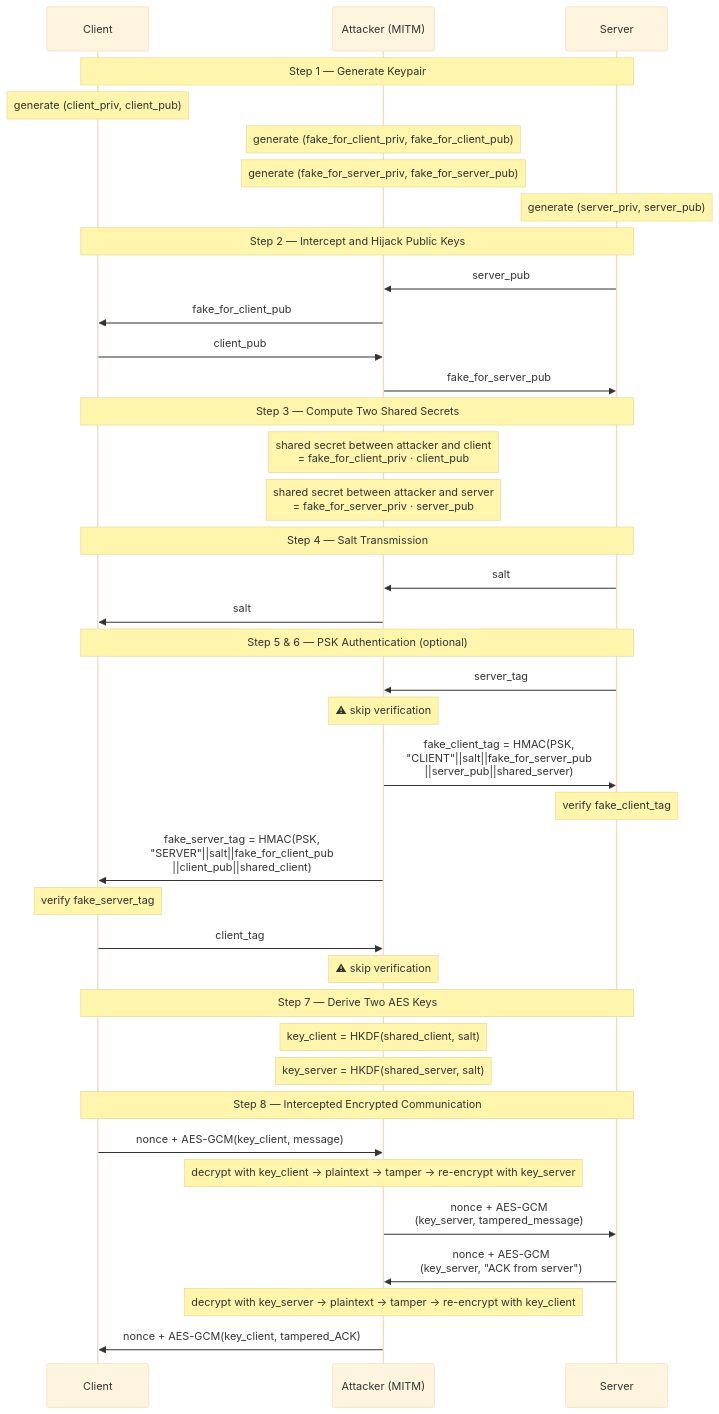
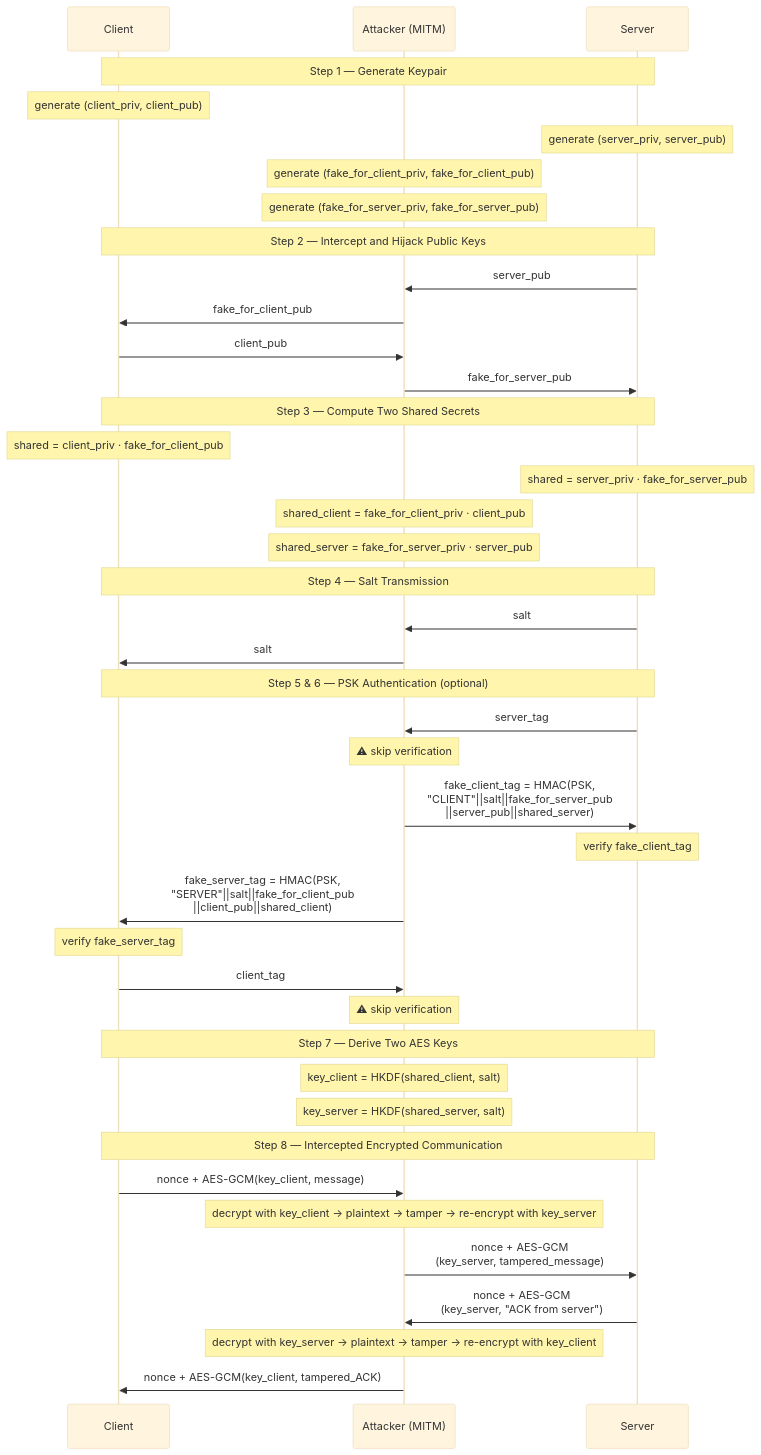
The second of 3 diagrams in README.md (hanbo-fan/diffie-hellman-mitm-attack-demo), drawn with Mermaid (base theme) before and after one commit.

````diff
--- a/README.md
+++ b/README.md
@@ -51,48 +51,50 @@
 ```mermaid
 sequenceDiagram
     participant C as Client
     participant M as Attacker (MITM)
     participant S as Server
 
     Note over C,S: Step 1 — Generate Keypair
     Note over C: generate (client_priv, client_pub)
+    Note over S: generate (server_priv, server_pub)
     Note over M: generate (fake_for_client_priv, fake_for_client_pub)
     Note over M: generate (fake_for_server_priv, fake_for_server_pub)
-    Note over S: generate (server_priv, server_pub)
-
+    
     Note over C,S: Step 2 — Intercept and Hijack Public Keys
     S->>M: server_pub
     M->>C: fake_for_client_pub
     C->>M: client_pub
     M->>S: fake_for_server_pub
 
     Note over C,S: Step 3 — Compute Two Shared Secrets
-    Note over M: shared secret between attacker and client<br/> = fake_for_client_priv · client_pub
-    Note over M: shared secret between attacker and server<br/> = fake_for_server_priv · server_pub
+    Note over C: shared = client_priv · fake_for_client_pub
+    Note over S: shared = server_priv · fake_for_server_pub
+    Note over M: shared_client = fake_for_client_priv · client_pub
+    Note over M: shared_server = fake_for_server_priv · server_pub
 
     Note over C,S: Step 4 — Salt Transmission
     S->>M: salt
     M->>C: salt
 
     Note over C,S: Step 5 & 6 — PSK Authentication (optional)
     S->>M: server_tag
     Note over M: ⚠ skip verification
     M->>S: fake_client_tag = HMAC(PSK, <br/>"CLIENT"||salt||fake_for_server_pub<br/>||server_pub||shared_server)
     Note over S: verify fake_client_tag
     M->>C: fake_server_tag = HMAC(PSK, <br/>"SERVER"||salt||fake_for_client_pub<br/>||client_pub||shared_client)
     Note over C: verify fake_server_tag
     C->>M: client_tag
     Note over M: ⚠ skip verification
 
     Note over C,S: Step 7 — Derive Two AES Keys
     Note over M: key_client = HKDF(shared_client, salt)
     Note over M: key_server = HKDF(shared_server, salt)
 
     Note over C,S: Step 8 — Intercepted Encrypted Communication
     C->>M: nonce + AES-GCM(key_client, message)
     Note over M: decrypt with key_client → plaintext → tamper → re-encrypt with key_server
     M->>S: nonce + AES-GCM<br/>(key_server, tampered_message)
     S->>M: nonce + AES-GCM<br/>(key_server, "ACK from server")
     Note over M: decrypt with key_server → plaintext → tamper → re-encrypt with key_client
     M->>C: nonce + AES-GCM(key_client, tampered_ACK)
 ```
````
